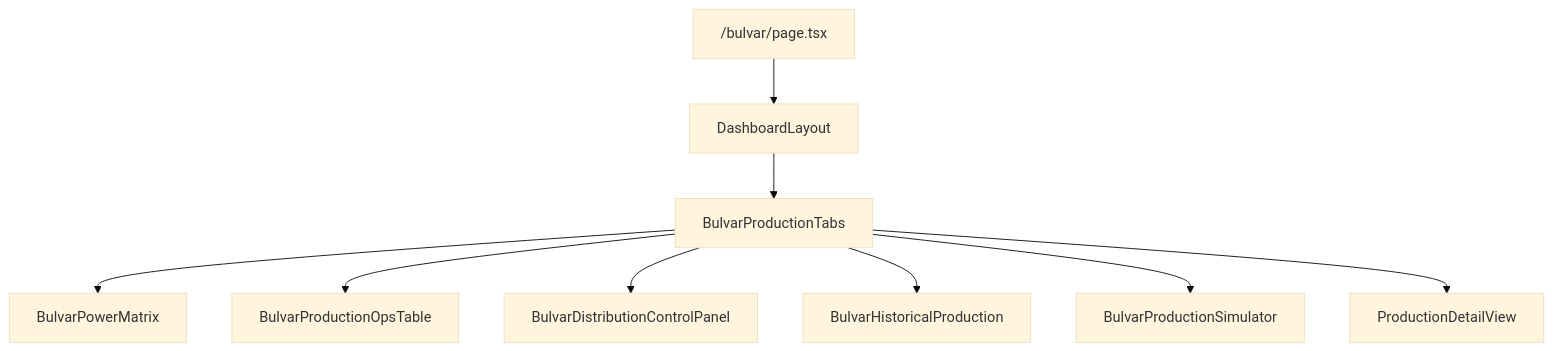
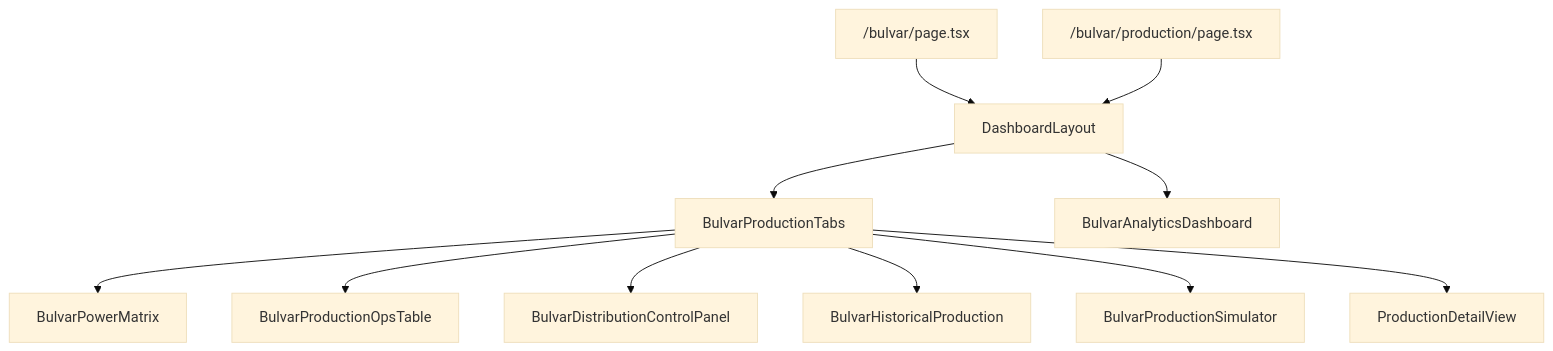
The first of 3 diagrams in docs/bulvar-architecture-mermaid.md (yobozavrik/operator_v2.2), drawn with Mermaid (base theme) before and after one commit. The commit also changed other lines of this file and 4 other files, not shown here.

````diff
--- a/docs/bulvar-architecture-mermaid.md
+++ b/docs/bulvar-architecture-mermaid.md
@@ -23,21 +27,26 @@
 ```mermaid
 flowchart TB
-    page["/bulvar/page.tsx"]
+    prod_page["/bulvar/page.tsx"]
+    analytics_page["/bulvar/production/page.tsx"]
     layout["DashboardLayout"]
     tabs["BulvarProductionTabs"]
+    analytics["BulvarAnalyticsDashboard"]
     matrix["BulvarPowerMatrix"]
     table["BulvarProductionOpsTable"]
     control["BulvarDistributionControlPanel"]
     history["BulvarHistoricalProduction"]
     simulator["BulvarProductionSimulator"]
     detail["ProductionDetailView"]
 
-    page --> layout
+    prod_page --> layout
     layout --> tabs
     tabs --> matrix
     tabs --> table
     tabs --> control
     tabs --> history
     tabs --> simulator
     tabs --> detail
+
+    analytics_page --> layout
+    layout --> analytics
 ```
````
